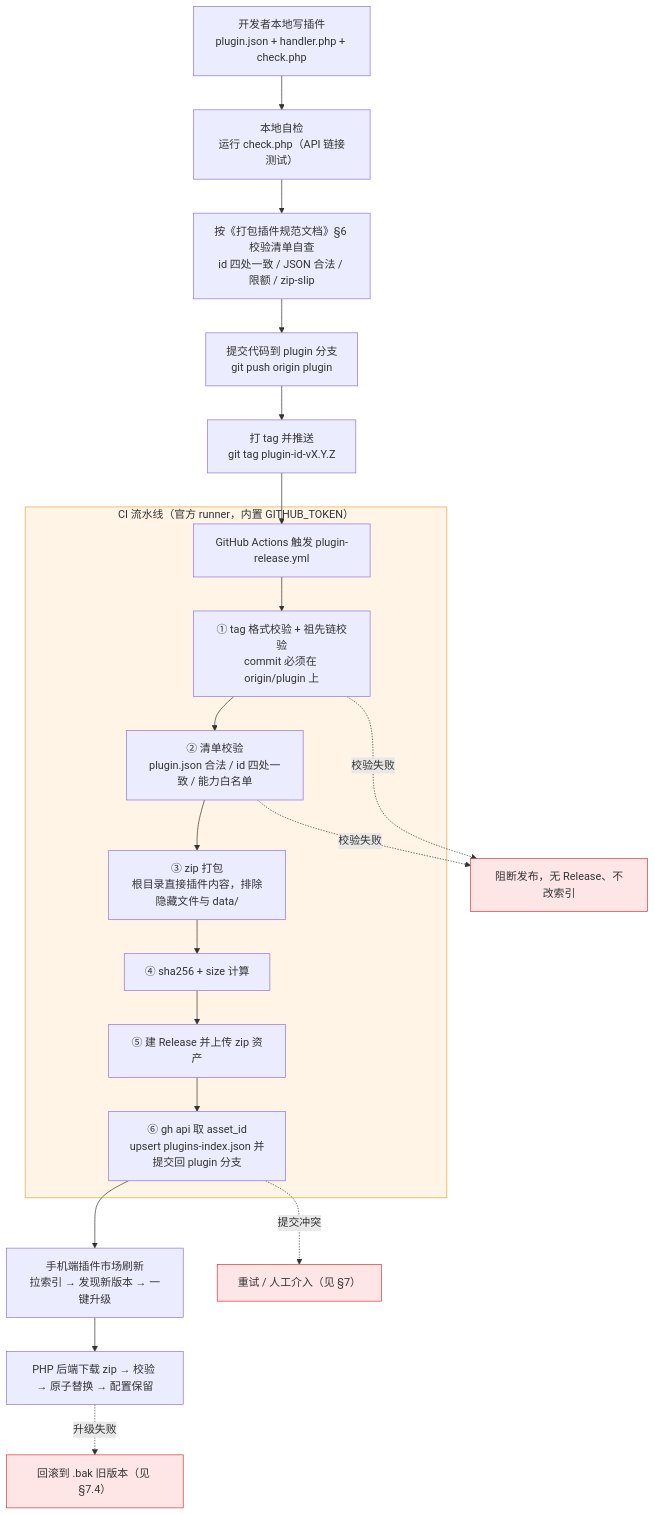
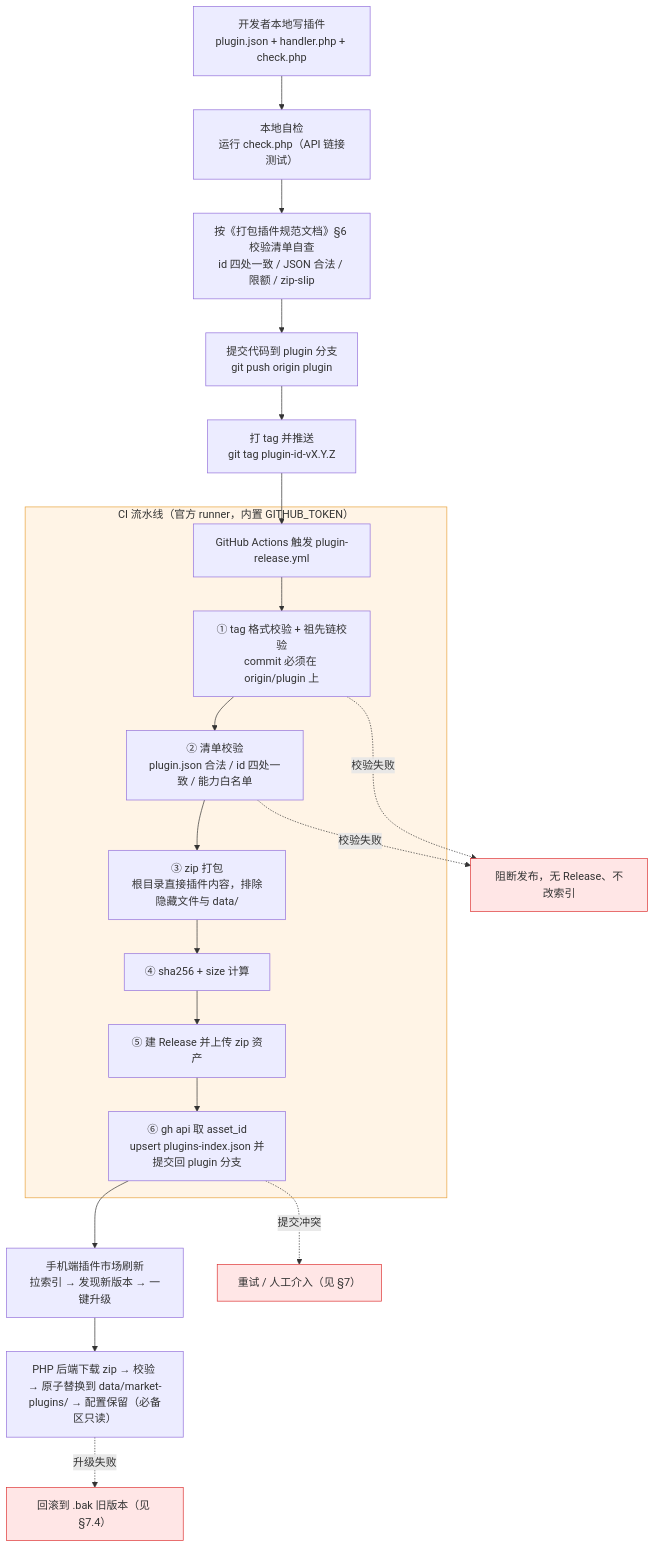
The first of 3 diagrams in docs/打包工作流文档.md (c1as/baogong-system), drawn with Mermaid before and after one commit. The commit also changed other lines of this file, not shown here.

````diff
--- a/docs/打包工作流文档.md
+++ b/docs/打包工作流文档.md
@@ -18,30 +18,30 @@
 ```mermaid
 flowchart TD
     A["开发者本地写插件<br/>plugin.json + handler.php + check.php"] --> B["本地自检<br/>运行 check.php（API 链接测试）"]
     B --> C["按《打包插件规范文档》§6 校验清单自查<br/>id 四处一致 / JSON 合法 / 限额 / zip-slip"]
     C --> D["提交代码到 plugin 分支<br/>git push origin plugin"]
     D --> E["打 tag 并推送<br/>git tag plugin-id-vX.Y.Z"]
     E --> F["GitHub Actions 触发 plugin-release.yml"]
 
     subgraph CI["CI 流水线（官方 runner，内置 GITHUB_TOKEN）"]
         F --> G["① tag 格式校验 + 祖先链校验<br/>commit 必须在 origin/plugin 上"]
         G --> H["② 清单校验<br/>plugin.json 合法 / id 四处一致 / 能力白名单"]
         H --> I["③ zip 打包<br/>根目录直接插件内容，排除隐藏文件与 data/"]
         I --> J["④ sha256 + size 计算"]
         J --> K["⑤ 建 Release 并上传 zip 资产"]
         K --> L["⑥ gh api 取 asset_id<br/>upsert plugins-index.json 并提交回 plugin 分支"]
     end
 
     L --> M["手机端插件市场刷新<br/>拉索引 → 发现新版本 → 一键升级"]
-    M --> N["PHP 后端下载 zip → 校验 → 原子替换 → 配置保留"]
+    M --> N["PHP 后端下载 zip → 校验 → 原子替换到 data/market-plugins/ → 配置保留（必备区只读）"]
 
     G -.校验失败.-> X["阻断发布，无 Release、不改索引"]
     H -.校验失败.-> X
     L -.提交冲突.-> Y["重试 / 人工介入（见 §7）"]
     N -.升级失败.-> Z["回滚到 .bak 旧版本（见 §7.4）"]
 
     style CI fill:#fff4e6,stroke:#e8a33d
     style X fill:#ffe6e6,stroke:#d33
     style Y fill:#ffe6e6,stroke:#d33
     style Z fill:#ffe6e6,stroke:#d33
 ```
````
